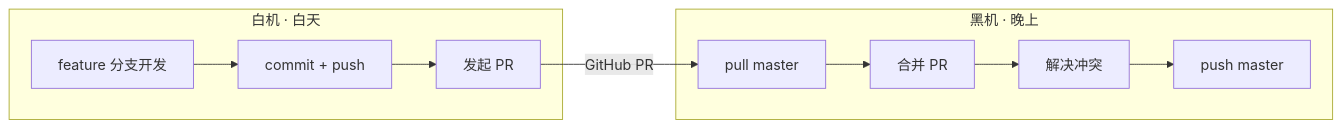
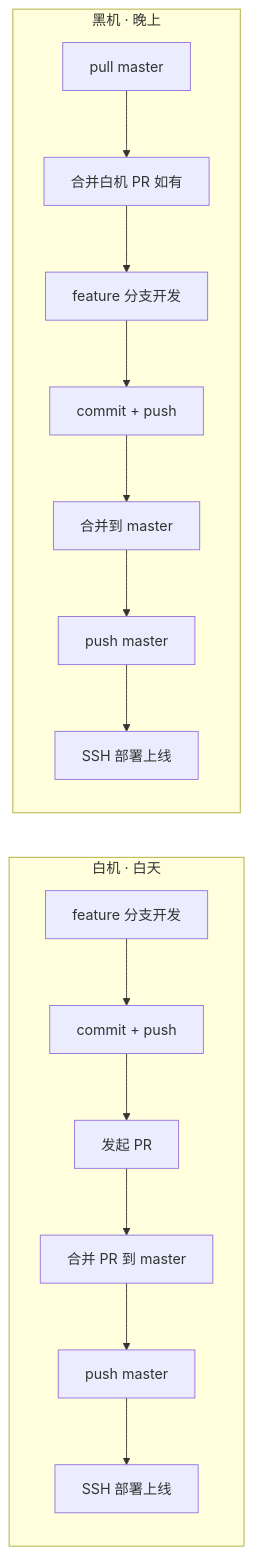
The diagram in .trae/rules/two-machine-collab.md (chen136523510/nandexueyuan), drawn with Mermaid before and after one commit. The commit also changed other lines of this file and 1 other file, not shown here.

````diff
--- a/.trae/rules/two-machine-collab.md
+++ b/.trae/rules/two-machine-collab.md
@@ -31,13 +31,18 @@
 ```mermaid
 flowchart LR
     subgraph 白机[白机 · 白天]
         A[feature 分支开发] --> B[commit + push]
         B --> C[发起 PR]
+        C --> D[合并 PR 到 master]
+        D --> E[push master]
+        E --> F[SSH 部署上线]
     end
     subgraph 黑机[黑机 · 晚上]
-        D[pull master] --> E[合并 PR]
-        E --> F[解决冲突]
-        F --> G[push master]
+        G[pull master] --> H[合并白机 PR 如有]
+        H --> I[feature 分支开发]
+        I --> J[commit + push]
+        J --> K[合并到 master]
+        K --> L[push master]
+        L --> M[SSH 部署上线]
     end
-    C -->|GitHub PR| D
 ```
````
